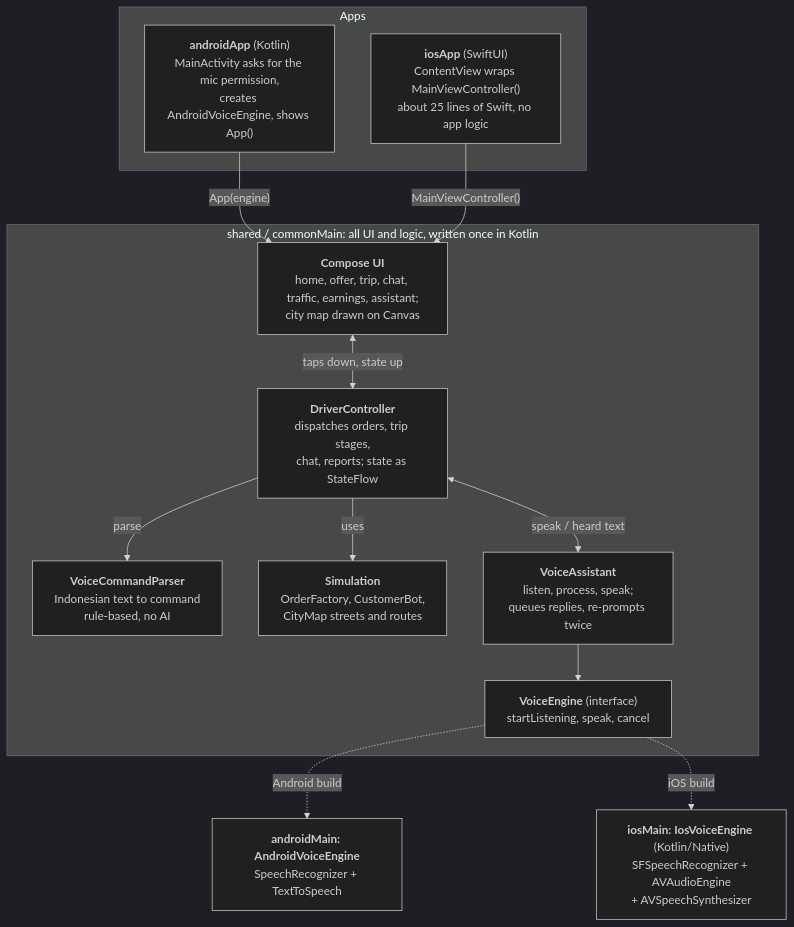
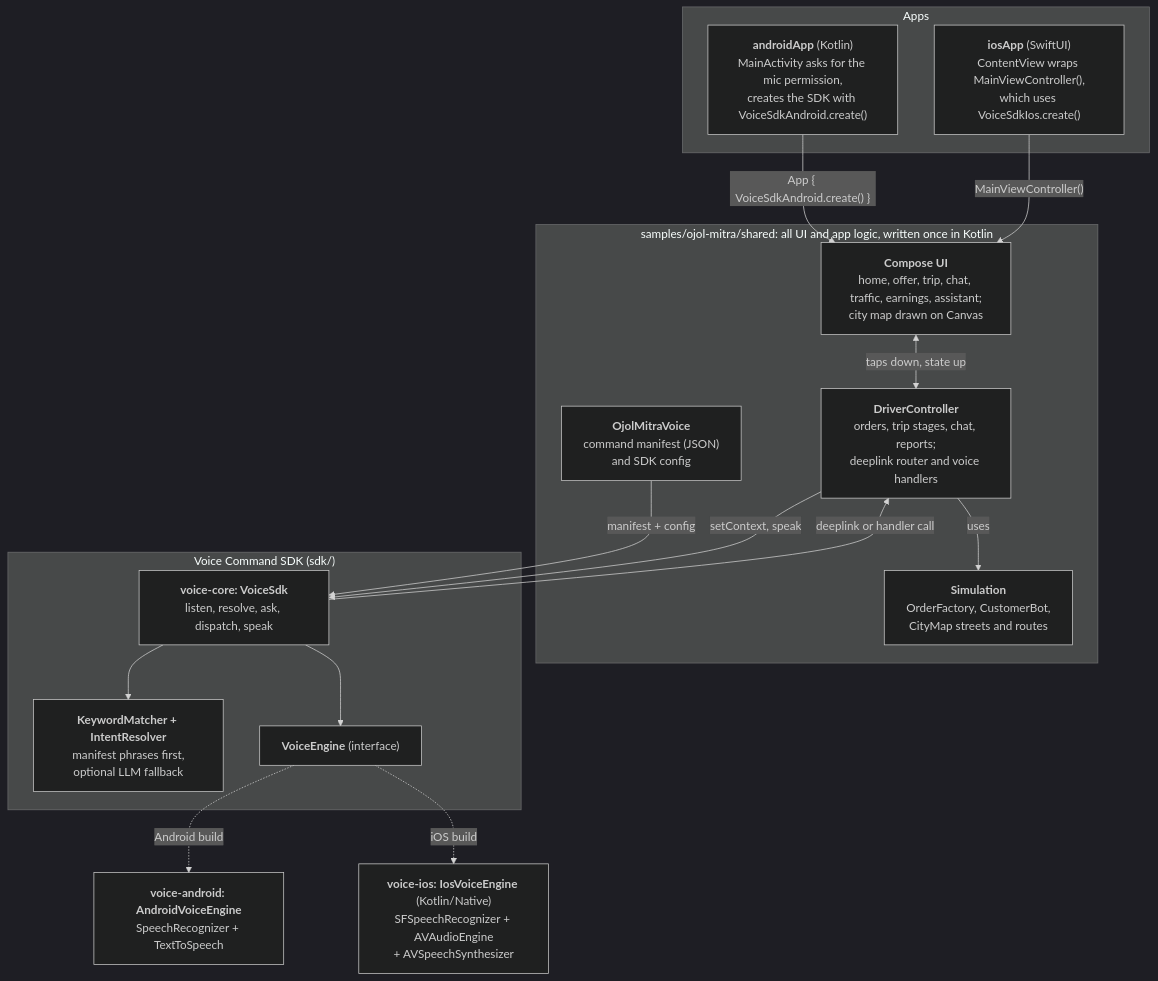
One commit to singgihsaputro/asbun-sdk changed the first of 5 diagrams in README.md. Above: the diagram before and after it, drawn with Mermaid (dark theme). The commit also changed other lines of this file and 95 other files, not shown here.

First line of the commit message:
Implement the Voice Command SDK and move Ojol Mitra onto it

````diff
--- a/README.md
+++ b/README.md
@@ -30,26 +101,31 @@
 ```mermaid
 flowchart TB
     subgraph apps["Apps"]
-        A1["<b>androidApp</b> (Kotlin)<br/>MainActivity asks for the mic permission,<br/>creates AndroidVoiceEngine, shows App()"]
-        A2["<b>iosApp</b> (SwiftUI)<br/>ContentView wraps MainViewController()<br/>about 25 lines of Swift, no app logic"]
+        A1["<b>androidApp</b> (Kotlin)<br/>MainActivity asks for the mic permission,<br/>creates the SDK with VoiceSdkAndroid.create()"]
+        A2["<b>iosApp</b> (SwiftUI)<br/>ContentView wraps MainViewController(),<br/>which uses VoiceSdkIos.create()"]
     end
-    subgraph shared["shared / commonMain: all UI and logic, written once in Kotlin"]
+    subgraph shared["samples/ojol-mitra/shared: all UI and app logic, written once in Kotlin"]
         UI["<b>Compose UI</b><br/>home, offer, trip, chat, traffic, earnings, assistant;<br/>city map drawn on Canvas"]
-        DC["<b>DriverController</b><br/>dispatches orders, trip stages,<br/>chat, reports; state as StateFlow"]
-        VP["<b>VoiceCommandParser</b><br/>Indonesian text to command<br/>rule-based, no AI"]
+        DC["<b>DriverController</b><br/>orders, trip stages, chat, reports;<br/>deeplink router and voice handlers"]
+        MF["<b>OjolMitraVoice</b><br/>command manifest (JSON)<br/>and SDK config"]
         SIM["<b>Simulation</b><br/>OrderFactory, CustomerBot,<br/>CityMap streets and routes"]
-        VA["<b>VoiceAssistant</b><br/>listen, process, speak;<br/>queues replies, re-prompts twice"]
-        VE["<b>VoiceEngine</b> (interface)<br/>startListening, speak, cancel"]
     end
-    AE["<b>androidMain: AndroidVoiceEngine</b><br/>SpeechRecognizer + TextToSpeech"]
-    IE["<b>iosMain: IosVoiceEngine</b> (Kotlin/Native)<br/>SFSpeechRecognizer + AVAudioEngine<br/>+ AVSpeechSynthesizer"]
-    A1 -->|"App(engine)"| UI
+    subgraph sdk["Voice Command SDK (sdk/)"]
+        VS["<b>voice-core: VoiceSdk</b><br/>listen, resolve, ask, dispatch, speak"]
+        RS["<b>KeywordMatcher + IntentResolver</b><br/>manifest phrases first,<br/>optional LLM fallback"]
+        VE["<b>VoiceEngine</b> (interface)"]
+    end
+    AE["<b>voice-android: AndroidVoiceEngine</b><br/>SpeechRecognizer + TextToSpeech"]
+    IE["<b>voice-ios: IosVoiceEngine</b> (Kotlin/Native)<br/>SFSpeechRecognizer + AVAudioEngine<br/>+ AVSpeechSynthesizer"]
+    A1 -->|"App { VoiceSdkAndroid.create() }"| UI
     A2 -->|"MainViewController()"| UI
     UI <-->|"taps down, state up"| DC
-    DC -->|parse| VP
     DC -->|uses| SIM
-    DC <-->|"speak / heard text"| VA
-    VA --> VE
+    MF -->|"manifest + config"| VS
+    DC -->|"setContext, speak"| VS
+    VS -->|"deeplink or handler call"| DC
+    VS --> RS
+    VS --> VE
     VE -.->|Android build| AE
     VE -.->|iOS build| IE
 ```
````
